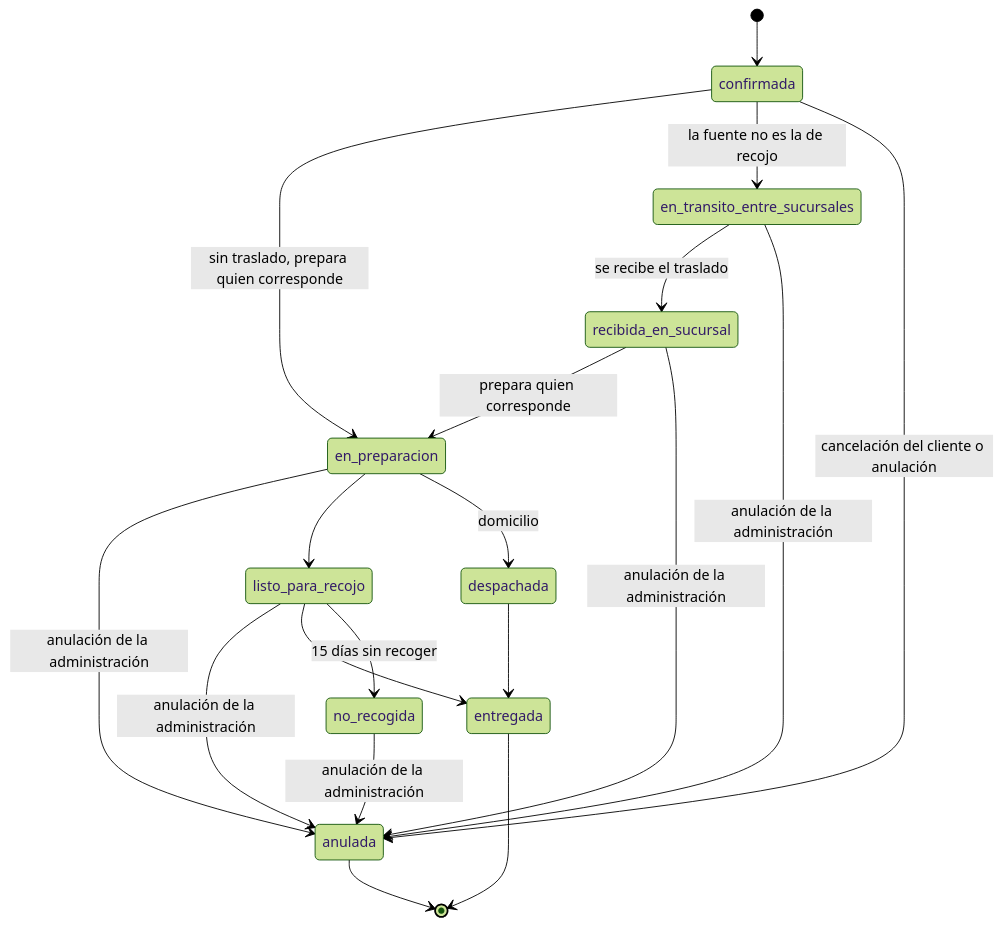
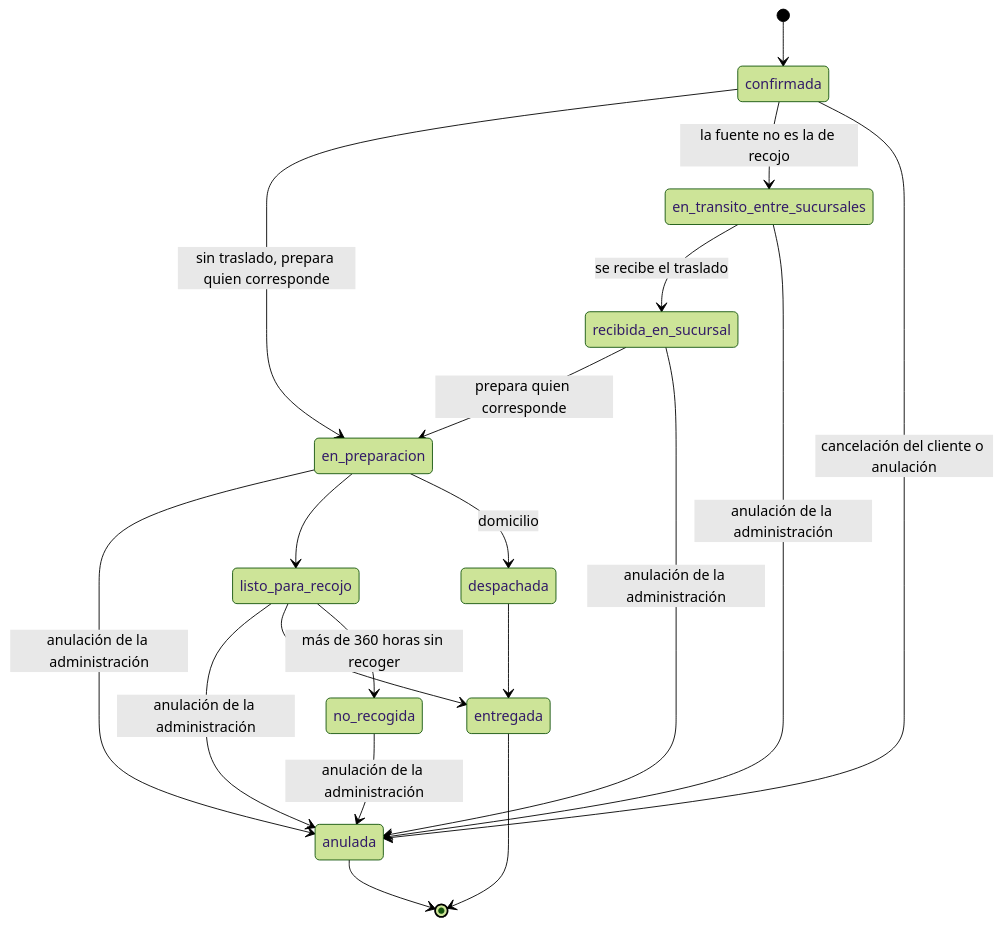
One commit to P35C4D0R4B1050/BabelHub changed the third of 3 diagrams in docs/03-diseno-de-software/06-estados-y-concurrencia.md. Above: the diagram before and after it, drawn with Mermaid (forest theme). The commit also changed 8 other files, not shown here.

````diff
--- a/docs/03-diseno-de-software/06-estados-y-concurrencia.md
+++ b/docs/03-diseno-de-software/06-estados-y-concurrencia.md
@@ -42,21 +42,21 @@
 ```mermaid
 stateDiagram-v2
 [*] --> confirmada
 confirmada --> en_preparacion : sin traslado, prepara quien corresponde
 confirmada --> en_transito_entre_sucursales : la fuente no es la de recojo
 en_transito_entre_sucursales --> recibida_en_sucursal : se recibe el traslado
 recibida_en_sucursal --> en_preparacion : prepara quien corresponde
 recibida_en_sucursal --> anulada : anulación de la administración
 confirmada --> anulada : cancelación del cliente o anulación
 en_transito_entre_sucursales --> anulada : anulación de la administración
 en_preparacion --> anulada : anulación de la administración
 listo_para_recojo --> anulada : anulación de la administración
 no_recogida --> anulada : anulación de la administración
 en_preparacion --> listo_para_recojo
 en_preparacion --> despachada : domicilio
 listo_para_recojo --> entregada
-listo_para_recojo --> no_recogida : 15 días sin recoger
+listo_para_recojo --> no_recogida : más de 360 horas sin recoger
 despachada --> entregada
 entregada --> [*]
 anulada --> [*]
 ```
````
